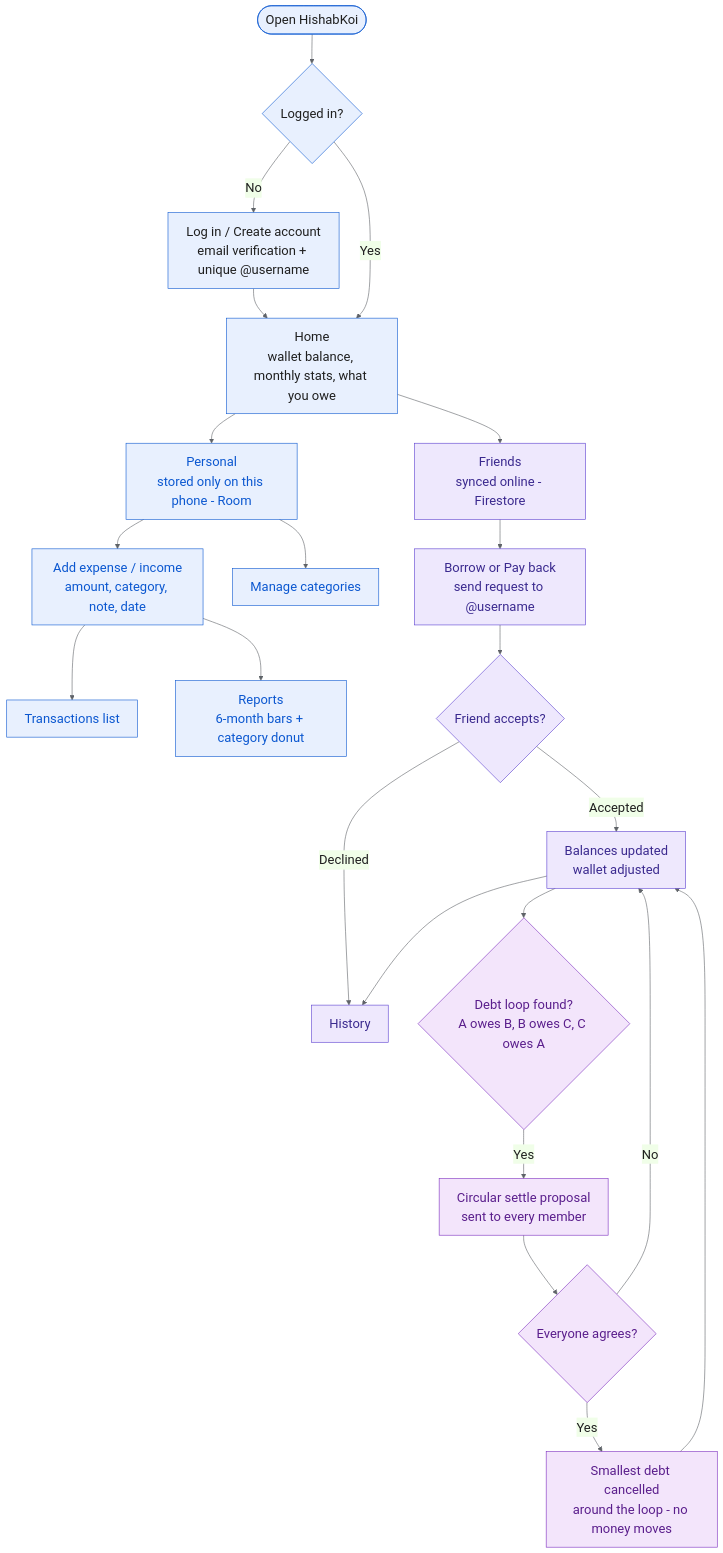
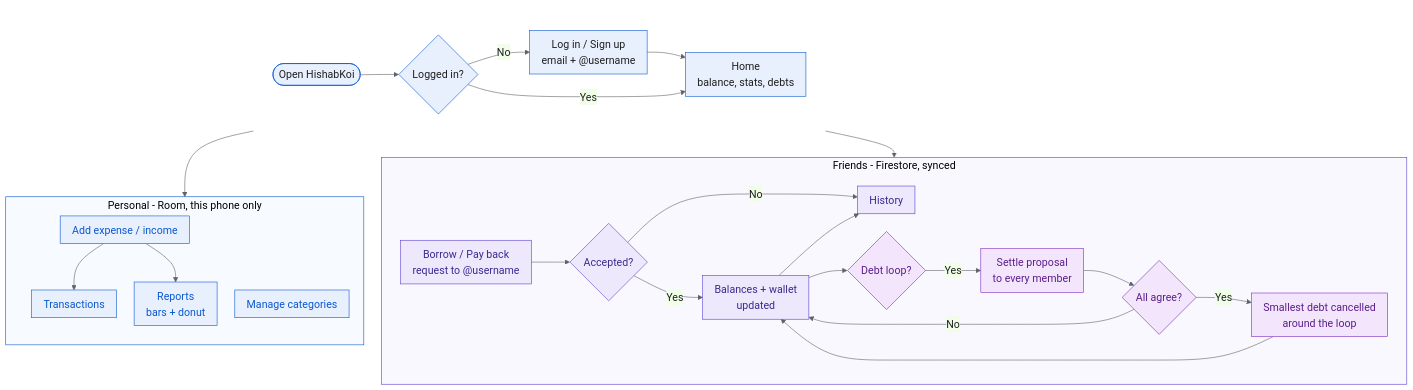
Before and after one commit to Mahin7773/HishabKoi: the diagram in docs/flowchart.mmd, drawn with Mermaid. The commit also changed 2 other files, not shown here.

Commit message:
Make flowchart compact so it fits on one screen

```diff
--- a/docs/flowchart.mmd
+++ b/docs/flowchart.mmd
@@ -1,33 +1,43 @@
-%%{init: {'theme':'base','themeVariables':{'primaryColor':'#E8F0FE','primaryBorderColor':'#0B57D0','primaryTextColor':'#1F1F1F','lineColor':'#5F6368','fontFamily':'Segoe UI, Arial','fontSize':'22px'}, 'flowchart':{'wrappingWidth':230}}}%%
+%%{init: {'theme':'base','themeVariables':{'primaryColor':'#E8F0FE','primaryBorderColor':'#0B57D0','primaryTextColor':'#1F1F1F','lineColor':'#5F6368','fontFamily':'Segoe UI, Arial','fontSize':'18px'}, 'flowchart':{'wrappingWidth':200,'nodeSpacing':30,'rankSpacing':40,'padding':10}}}%%
 flowchart TD
-    A([Open HishabKoi]) --> B{Logged in?}
-    B -- No --> C[Log in / Create account<br/>email verification + unique @username]
-    C --> D
-    B -- Yes --> D[Home<br/>wallet balance, monthly stats, what you owe]
+    subgraph S [" "]
+        direction LR
+        A([Open HishabKoi]) --> B{Logged in?}
+        B -- No --> C[Log in / Sign up<br/>email + @username]
+        C --> D
+        B -- Yes --> D[Home<br/>balance, stats, debts]
+    end
 
-    D --> P[Personal<br/>stored only on this phone - Room]
-    D --> F[Friends<br/>synced online - Firestore]
+    S --> PS
+    S --> FS
 
-    P --> P1[Add expense / income<br/>amount, category, note, date]
-    P1 --> P2[Transactions list]
-    P1 --> P3[Reports<br/>6-month bars + category donut]
-    P --> P4[Manage categories]
+    subgraph PS [Personal - Room, this phone only]
+        direction TB
+        P1[Add expense / income] --> P2[Transactions]
+        P1 --> P3[Reports<br/>bars + donut]
+        P4[Manage categories]
+    end
 
-    F --> F1[Borrow or Pay back<br/>send request to @username]
-    F1 --> F2{Friend accepts?}
-    F2 -- Declined --> F5[History]
-    F2 -- Accepted --> F3[Balances updated<br/>wallet adjusted]
-    F3 --> F5
-    F3 --> L{Debt loop found?<br/>A owes B, B owes C, C owes A}
-    L -- Yes --> L1[Circular settle proposal<br/>sent to every member]
-    L1 --> L2{Everyone agrees?}
-    L2 -- Yes --> L3[Smallest debt cancelled<br/>around the loop - no money moves]
-    L3 --> F3
-    L2 -- No --> F3
+    subgraph FS [Friends - Firestore, synced]
+        direction LR
+        F1[Borrow / Pay back<br/>request to @username] --> F2{Accepted?}
+        F2 -- No --> F5[History]
+        F2 -- Yes --> F3[Balances + wallet<br/>updated]
+        F3 --> F5
+        F3 --> L{Debt loop?}
+        L -- Yes --> L1[Settle proposal<br/>to every member]
+        L1 --> L2{All agree?}
+        L2 -- Yes --> L3[Smallest debt cancelled<br/>around the loop]
+        L3 --> F3
+        L2 -- No --> F3
+    end
 
     classDef personal fill:#E8F0FE,stroke:#0B57D0,color:#0B57D0
     classDef friends fill:#EEE8FD,stroke:#5B3FD0,color:#3B2A8F
     classDef loop fill:#F3E5FB,stroke:#7B2CBF,color:#5A1E8C
-    class P,P1,P2,P3,P4 personal
-    class F,F1,F2,F3,F5 friends
+    class P1,P2,P3,P4 personal
+    class F1,F2,F3,F5 friends
     class L,L1,L2,L3 loop
+    style S fill:#FFFFFF,stroke:#FFFFFF
+    style PS fill:#F7FAFF,stroke:#0B57D0
+    style FS fill:#FAF8FF,stroke:#5B3FD0
```
